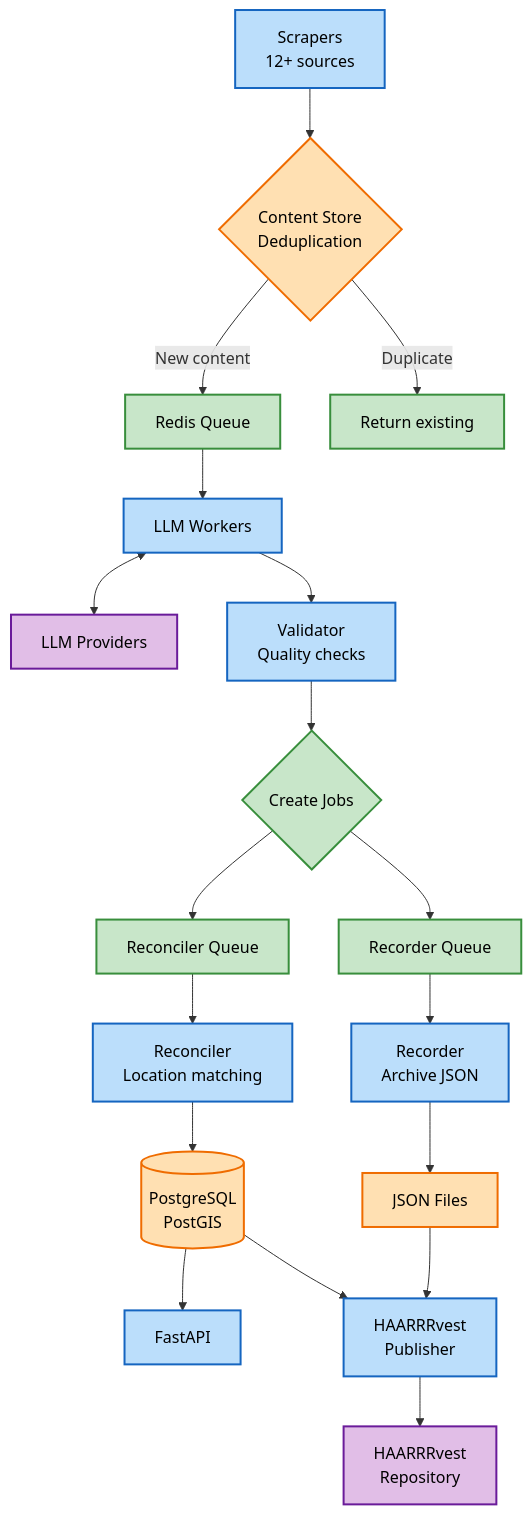
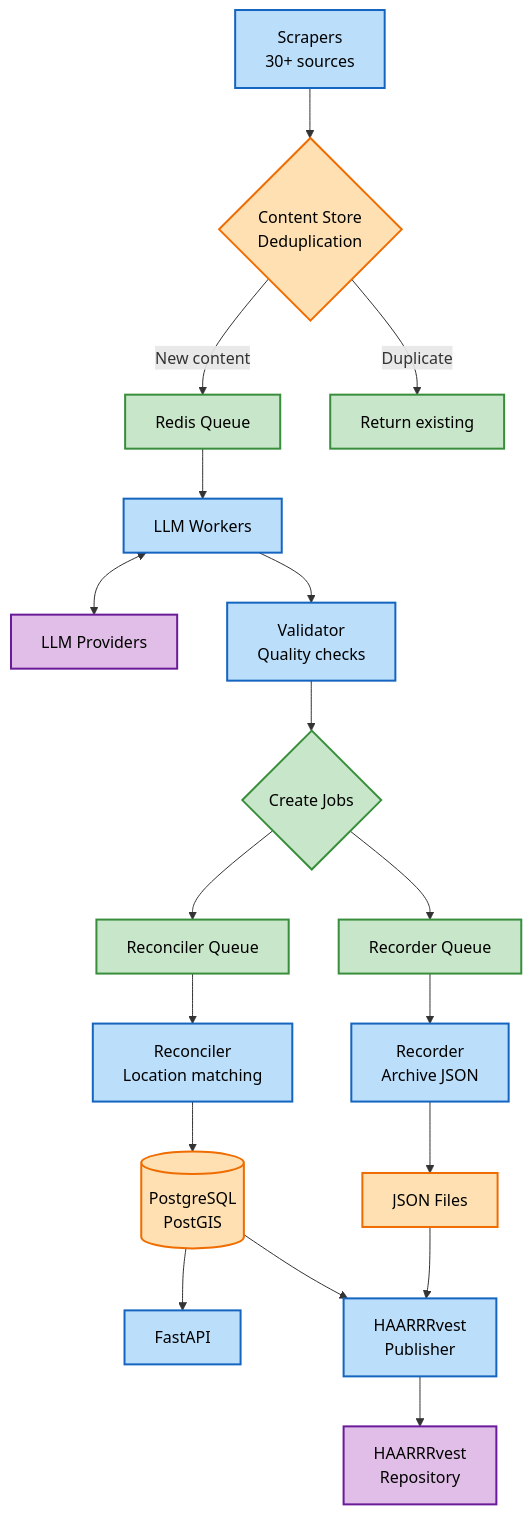
Before and after one commit to For-The-Greater-Good/pantry-pirate-radio: the diagram in README.md, drawn with Mermaid. The commit also changed 1 other file, not shown here.

````diff
--- a/README.md
+++ b/README.md
@@ -145,47 +145,47 @@
 ```mermaid
 flowchart TB
     %% Data Collection
-    Scrapers[Scrapers<br/>12+ sources]
+    Scrapers[Scrapers<br/>30+ sources]
     ContentStore{Content Store<br/>Deduplication}
 
     Scrapers --> ContentStore
     ContentStore -->|New content| Queue[Redis Queue]
     ContentStore -->|Duplicate| Skip[Return existing]
 
     %% Processing
     Queue --> Workers[LLM Workers]
     Workers <--> LLM[LLM Providers]
 
     %% Validation
     Workers --> Validator[Validator<br/>Quality checks]
     Validator --> Jobs{Create Jobs}
 
     %% Job Distribution
     Jobs --> ReconcilerQ[Reconciler Queue]
     Jobs --> RecorderQ[Recorder Queue]
 
     %% Services
     ReconcilerQ --> Reconciler[Reconciler<br/>Location matching]
     RecorderQ --> Recorder[Recorder<br/>Archive JSON]
 
     %% Storage
     Reconciler --> DB[(PostgreSQL<br/>PostGIS)]
     Recorder --> Files[JSON Files]
 
     %% Output
     DB --> API[FastAPI]
     DB --> Publisher[HAARRRvest<br/>Publisher]
     Files --> Publisher
     Publisher --> GitHub[HAARRRvest<br/>Repository]
 
     %% Style
     classDef service fill:#bbdefb,stroke:#1565c0,stroke-width:2px,color:#000
     classDef storage fill:#ffe0b2,stroke:#ef6c00,stroke-width:2px,color:#000
     classDef external fill:#e1bee7,stroke:#6a1b9a,stroke-width:2px,color:#000
     classDef queue fill:#c8e6c9,stroke:#388e3c,stroke-width:2px,color:#000
 
     class Scrapers,Workers,Validator,Reconciler,Recorder,API,Publisher service
     class ContentStore,DB,Files storage
     class LLM,GitHub external
     class Queue,ReconcilerQ,RecorderQ,Skip,Jobs queue
 ```
````
